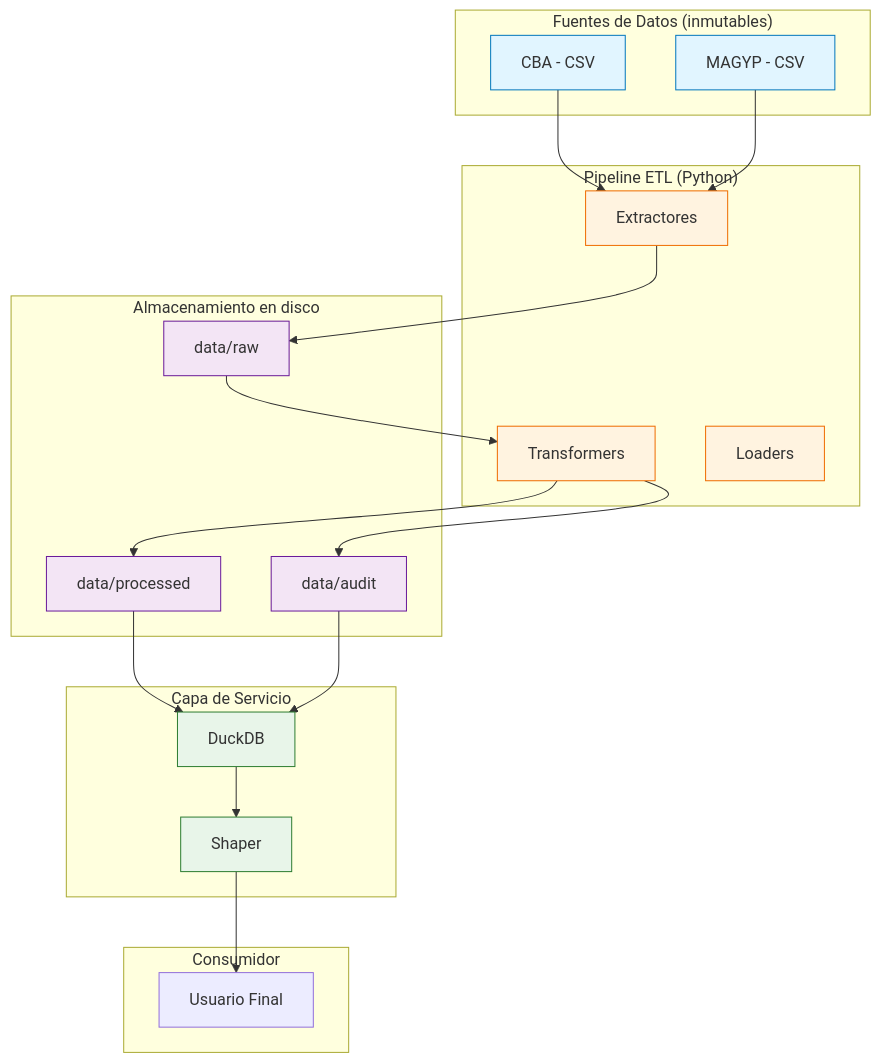
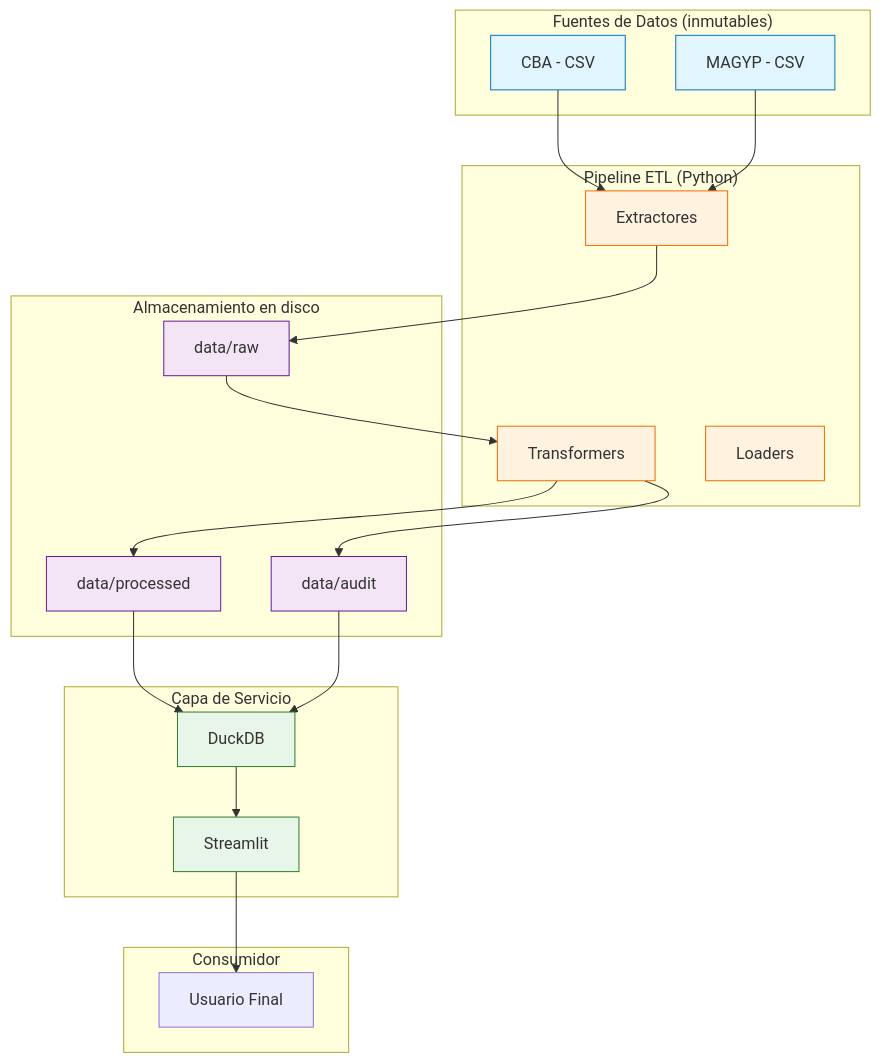
One commit to marcoeferro/SYNGAS-OPTIMIA-HV changed the first of 3 diagrams in README.md. Above: the diagram before and after it, drawn with Mermaid. The commit also changed other lines of this file, not shown here.

Commit message:
chore(README): add script for start, stop and run etl, also add the streamlit dashboar explanation

````diff
--- a/README.md
+++ b/README.md
@@ -64,48 +64,48 @@
 ```mermaid
 graph TB
     subgraph Sources["Fuentes de Datos (inmutables)"]
         S1[CBA - CSV]
         S2[MAGYP - CSV]
     end
 
     subgraph ETL["Pipeline ETL (Python)"]
         E1[Extractores]
         T1[Transformers]
         L1[Loaders]
     end
 
     subgraph Storage["Almacenamiento en disco"]
         R1[data/raw]
         R3[data/processed]
         R4[data/audit]
     end
 
     subgraph Serving["Capa de Servicio"]
         D1[DuckDB]
-        D2[Shaper]
+        D2[Streamlit]
     end
 
     subgraph Consumer["Consumidor"]
         U1[Usuario Final]
     end
 
     S1 --> E1
     S2 --> E1
     E1 --> R1
     R1 --> T1
     T1 --> R3
     T1 --> R4
     R3 --> D1
     R4 --> D1
     D1 --> D2
     D2 --> U1
 
     classDef source fill:#e1f5ff,stroke:#0277bd
     classDef transform fill:#fff3e0,stroke:#ef6c00
     classDef storage fill:#f3e5f5,stroke:#6a1b9a
     classDef serve fill:#e8f5e9,stroke:#2e7d32
     class S1,S2 source
     class E1,T1,L1 transform
     class R1,R3,R4 storage
     class D1,D2 serve
 ```
````
